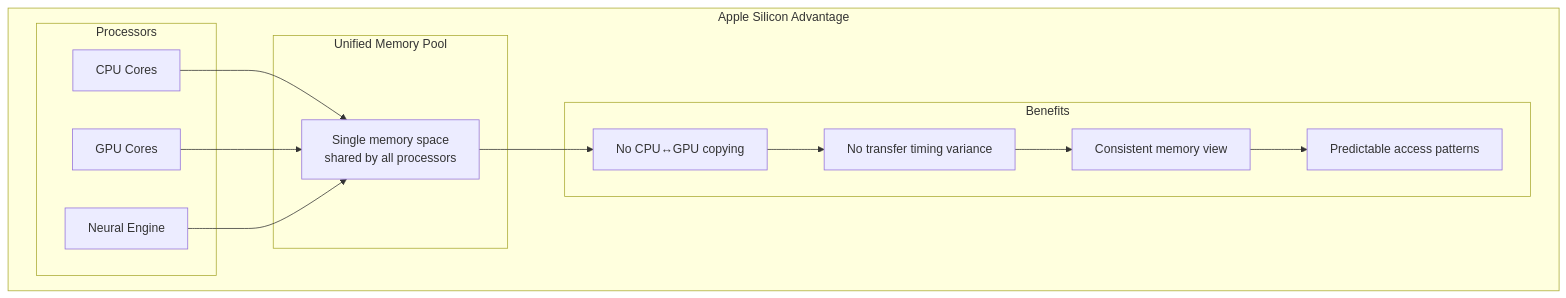
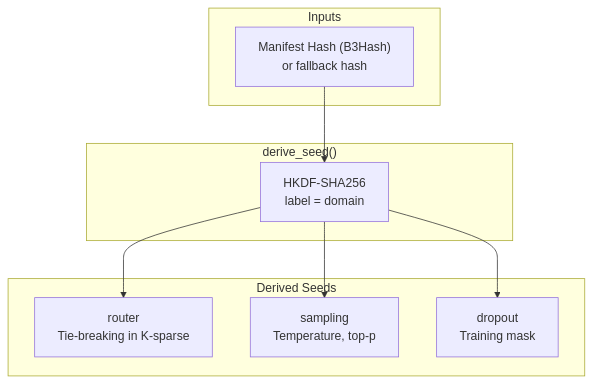
One commit to rogu3bear/adapter-os changed the first of 2 diagrams in docs/DETERMINISM.md. Above: the diagram before and after it, drawn with Mermaid. The commit also changed other lines of this file and 30 other files, not shown here.

````diff
--- a/docs/DETERMINISM.md
+++ b/docs/DETERMINISM.md
@@ -289,26 +11,21 @@
 ```mermaid
-flowchart TD
-    subgraph "Apple Silicon Advantage"
-        subgraph "Unified Memory Pool"
-            UMA["Single memory space<br/>shared by all processors"]
-        end
-        
-        subgraph "Processors"
-            CPU["CPU Cores"]
-            GPU["GPU Cores"]
-            ANE["Neural Engine"]
-        end
-        
-        subgraph "Benefits"
-            B1["No CPU↔GPU copying"]
-            B2["No transfer timing variance"]
-            B3["Consistent memory view"]
-            B4["Predictable access patterns"]
-        end
+flowchart TB
+    subgraph Input["Inputs"]
+        MH["Manifest Hash (B3Hash)<br/>or fallback hash"]
     end
-    
-    CPU --> UMA
-    GPU --> UMA
-    ANE --> UMA
-    UMA --> B1 --> B2 --> B3 --> B4
+
+    subgraph Derive["derive_seed()"]
+        HKDF["HKDF-SHA256<br/>label = domain"]
+    end
+
+    subgraph Output["Derived Seeds"]
+        R["router<br/>Tie-breaking in K-sparse"]
+        S["sampling<br/>Temperature, top-p"]
+        D["dropout<br/>Training mask"]
+    end
+
+    MH --> HKDF
+    HKDF --> R
+    HKDF --> S
+    HKDF --> D
 ```
````
